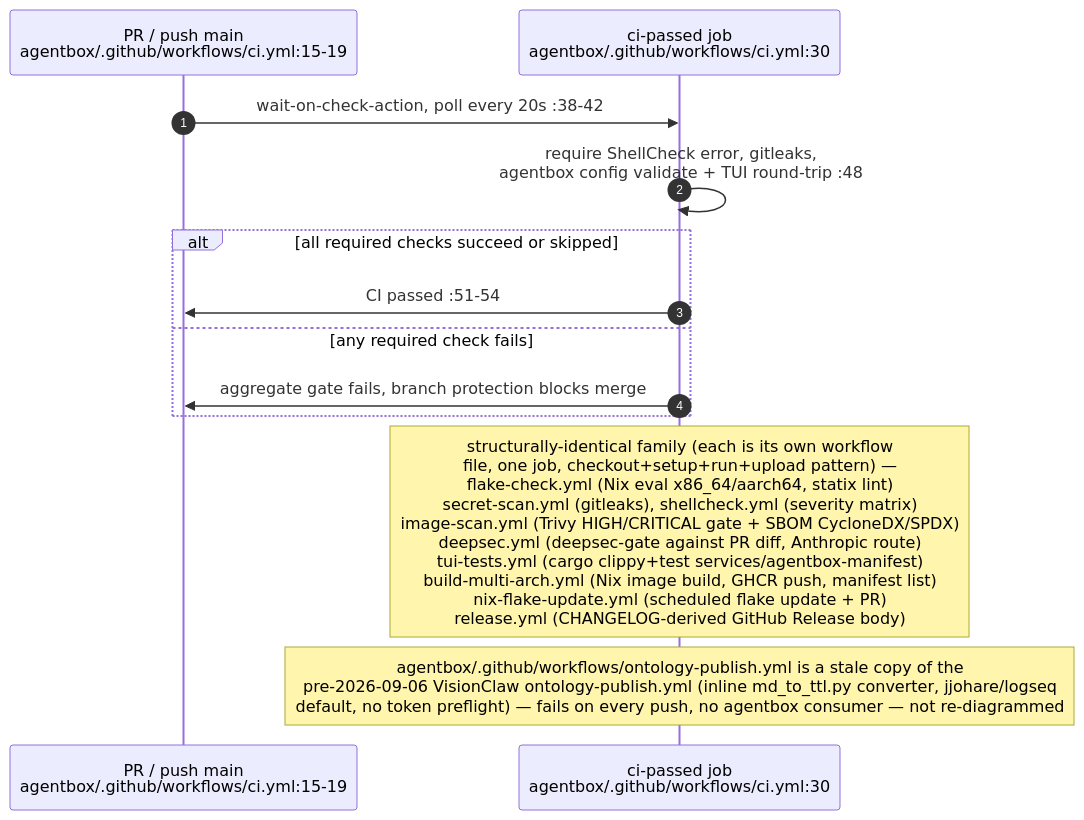
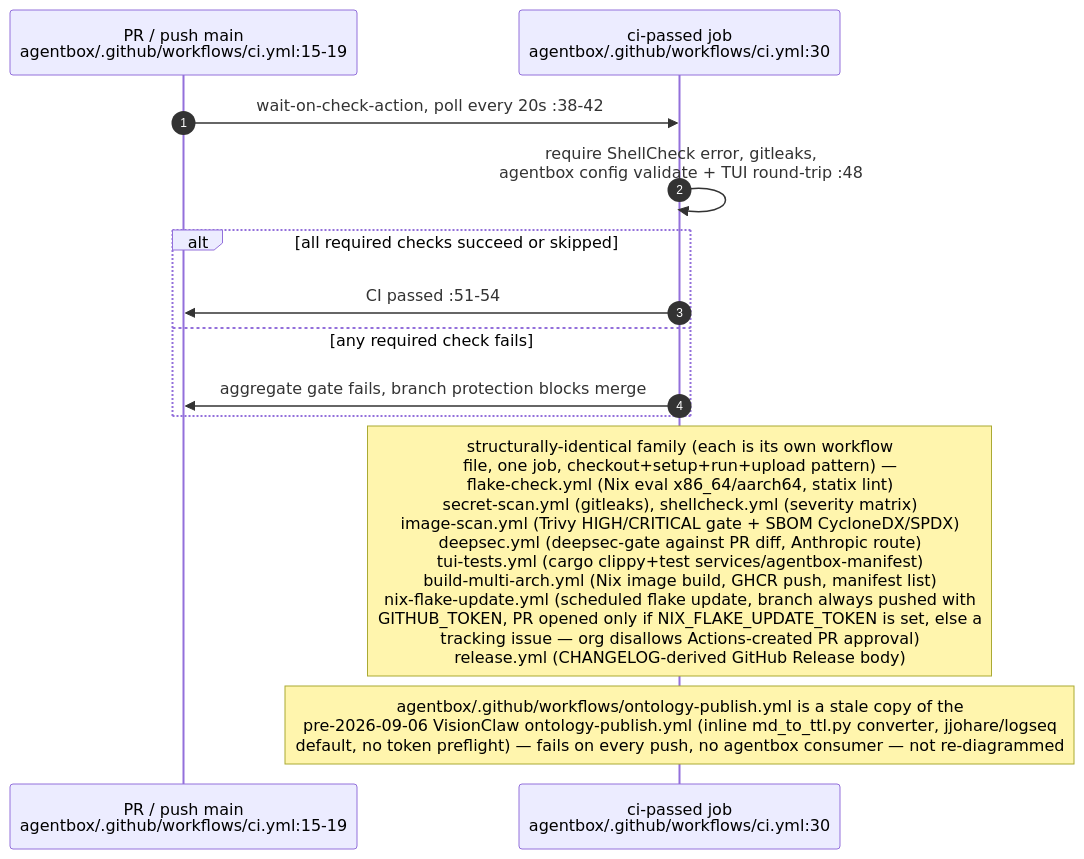
Diagram 18 of 23 in docs/diagrams/estate/09-build-deploy-and-ci-estate.md (DreamLab-AI/VisionFlow), drawn with Mermaid before and after one commit. The commit also changed other lines of this file and 136 other files, not shown here.

First line of the commit message:
docs(diagrams): refresh the whole corpus to code HEAD and prune low-value diagrams

````diff
--- a/docs/diagrams/estate/09-build-deploy-and-ci-estate.md
+++ b/docs/diagrams/estate/09-build-deploy-and-ci-estate.md
@@ -587,16 +585,16 @@
 ```mermaid
 sequenceDiagram
     autonumber
     participant GH as PR / push main<br/>agentbox/.github/workflows/ci.yml:15-19
     participant AGG as ci-passed job<br/>agentbox/.github/workflows/ci.yml:30
 
     GH->>AGG: wait-on-check-action, poll every 20s :38-42
     AGG->>AGG: require ShellCheck error, gitleaks,<br/>agentbox config validate + TUI round-trip :48
     alt all required checks succeed or skipped
         AGG->>GH: CI passed :51-54
     else any required check fails
         AGG->>GH: aggregate gate fails, branch protection blocks merge
     end
-    Note over AGG: structurally-identical family (each is its own workflow<br/>file, one job, checkout+setup+run+upload pattern) —<br/>flake-check.yml (Nix eval x86_64/aarch64, statix lint)<br/>secret-scan.yml (gitleaks), shellcheck.yml (severity matrix)<br/>image-scan.yml (Trivy HIGH/CRITICAL gate + SBOM CycloneDX/SPDX)<br/>deepsec.yml (deepsec-gate against PR diff, Anthropic route)<br/>tui-tests.yml (cargo clippy+test services/agentbox-manifest)<br/>build-multi-arch.yml (Nix image build, GHCR push, manifest list)<br/>nix-flake-update.yml (scheduled flake update + PR)<br/>release.yml (CHANGELOG-derived GitHub Release body)
+    Note over AGG: structurally-identical family (each is its own workflow<br/>file, one job, checkout+setup+run+upload pattern) —<br/>flake-check.yml (Nix eval x86_64/aarch64, statix lint)<br/>secret-scan.yml (gitleaks), shellcheck.yml (severity matrix)<br/>image-scan.yml (Trivy HIGH/CRITICAL gate + SBOM CycloneDX/SPDX)<br/>deepsec.yml (deepsec-gate against PR diff, Anthropic route)<br/>tui-tests.yml (cargo clippy+test services/agentbox-manifest)<br/>build-multi-arch.yml (Nix image build, GHCR push, manifest list)<br/>nix-flake-update.yml (scheduled flake update, branch always pushed with<br/>GITHUB_TOKEN, PR opened only if NIX_FLAKE_UPDATE_TOKEN is set, else a<br/>tracking issue — org disallows Actions-created PR approval)<br/>release.yml (CHANGELOG-derived GitHub Release body)
     Note over AGG: agentbox/.github/workflows/ontology-publish.yml is a stale copy of the<br/>pre-2026-09-06 VisionClaw ontology-publish.yml (inline md_to_ttl.py converter, jjohare/logseq<br/>default, no token preflight) — fails on every push, no agentbox consumer — not re-diagrammed
 ```
````
